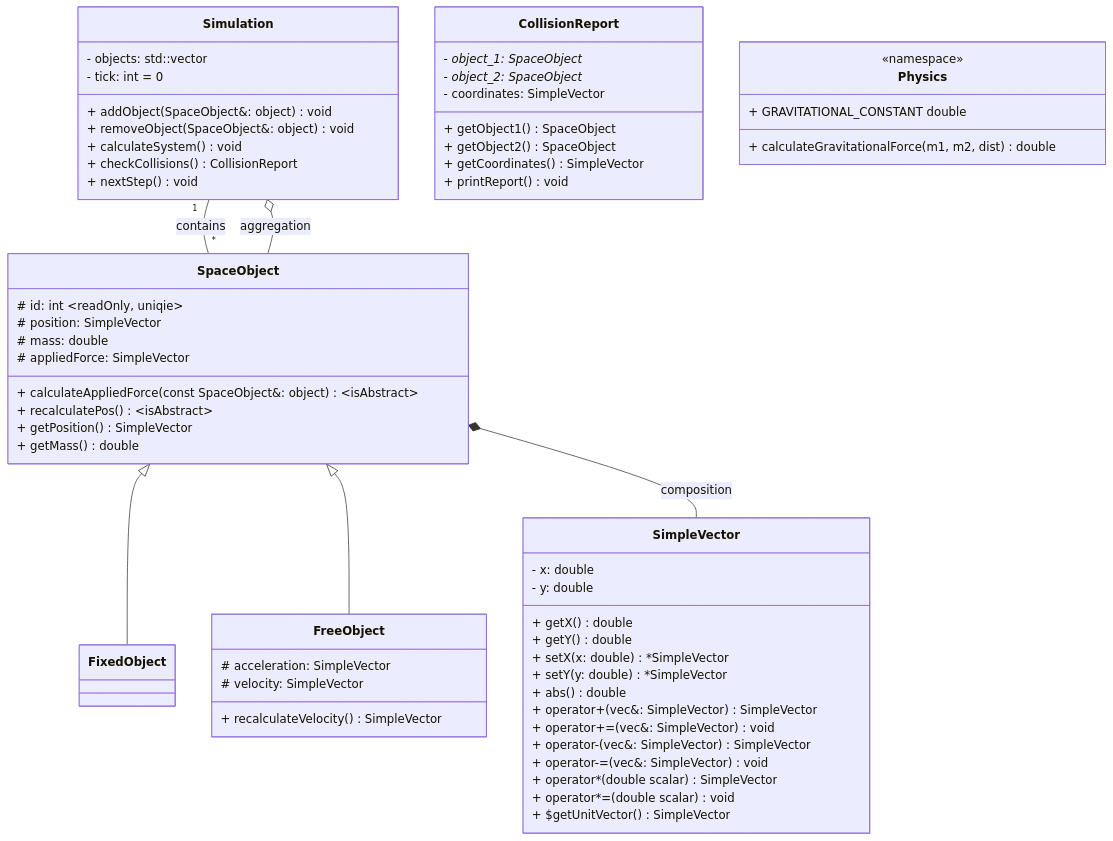
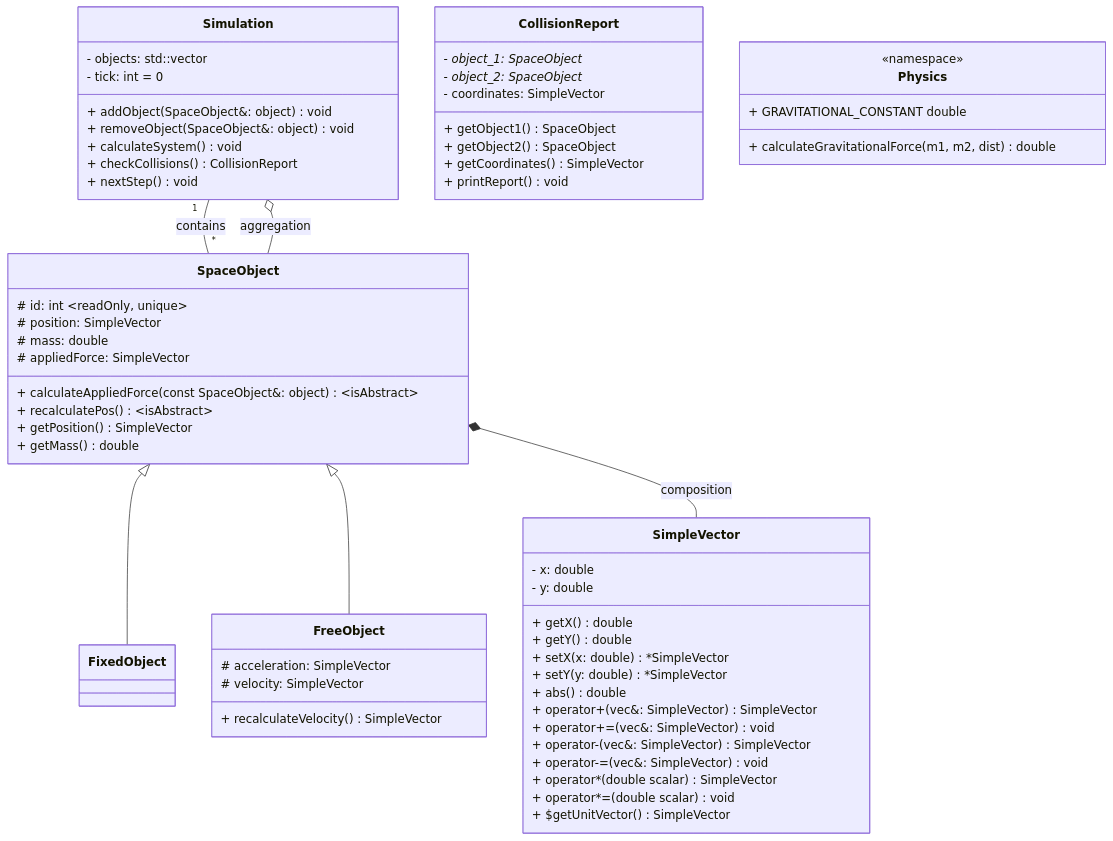
The diagram in docs/classDiagram.mmd (kotenko-o/simple-orbit-simulator), drawn with Mermaid before and after one commit.

```diff
--- a/docs/classDiagram.mmd
+++ b/docs/classDiagram.mmd
@@ -1,72 +1,72 @@
 classDiagram
 
     SpaceObject <|-- FixedObject
     SpaceObject <|-- FreeObject
     Simulation "1" -- "*" SpaceObject : contains
 
     SpaceObject *-- SimpleVector : composition
     Simulation o-- SpaceObject : aggregation
     
     class Simulation {
         - objects: std::vector<SpaceObject*>
         - tick: int = 0
         + addObject(SpaceObject&: object) void
         + removeObject(SpaceObject&: object) void
         + calculateSystem() void
         + checkCollisions() CollisionReport
         + nextStep() void
     }
 
     class SpaceObject {
-        # id: int ~readOnly, uniqie~
+        # id: int ~readOnly, unique~
         # position: SimpleVector
         # mass: double
         # appliedForce: SimpleVector
         + calculateAppliedForce(const SpaceObject&: object) ~isAbstract~
         + recalculatePos() ~isAbstract~
         + getPosition() SimpleVector
         + getMass() double
     }
 
     class FixedObject {
         
     }
 
     class FreeObject {
         # acceleration: SimpleVector
         # velocity: SimpleVector
         + recalculateVelocity() SimpleVector
     }
 
     class SimpleVector {
         - x: double
         - y: double
         + getX() double
         + getY() double
         + setX(x: double) *SimpleVector
         + setY(y: double) *SimpleVector
         + abs() double
         + operator+(vec&: SimpleVector) SimpleVector
         + operator+=(vec&: SimpleVector) void
         + operator-(vec&: SimpleVector) SimpleVector
         + operator-=(vec&: SimpleVector) void
         + operator*(double scalar) SimpleVector
         + operator*=(double scalar) void
         + $getUnitVector() SimpleVector
     }
 
     class CollisionReport {
         - object_1: SpaceObject*
         - object_2: SpaceObject*
         - coordinates: SimpleVector
         + getObject1() SpaceObject
         + getObject2() SpaceObject
         + getCoordinates() SimpleVector
         + printReport() void
     }
 
     class Physics {
         <<namespace>>
         + GRAVITATIONAL_CONSTANT double
         + calculateGravitationalForce(m1, m2, dist) double
     }
```
